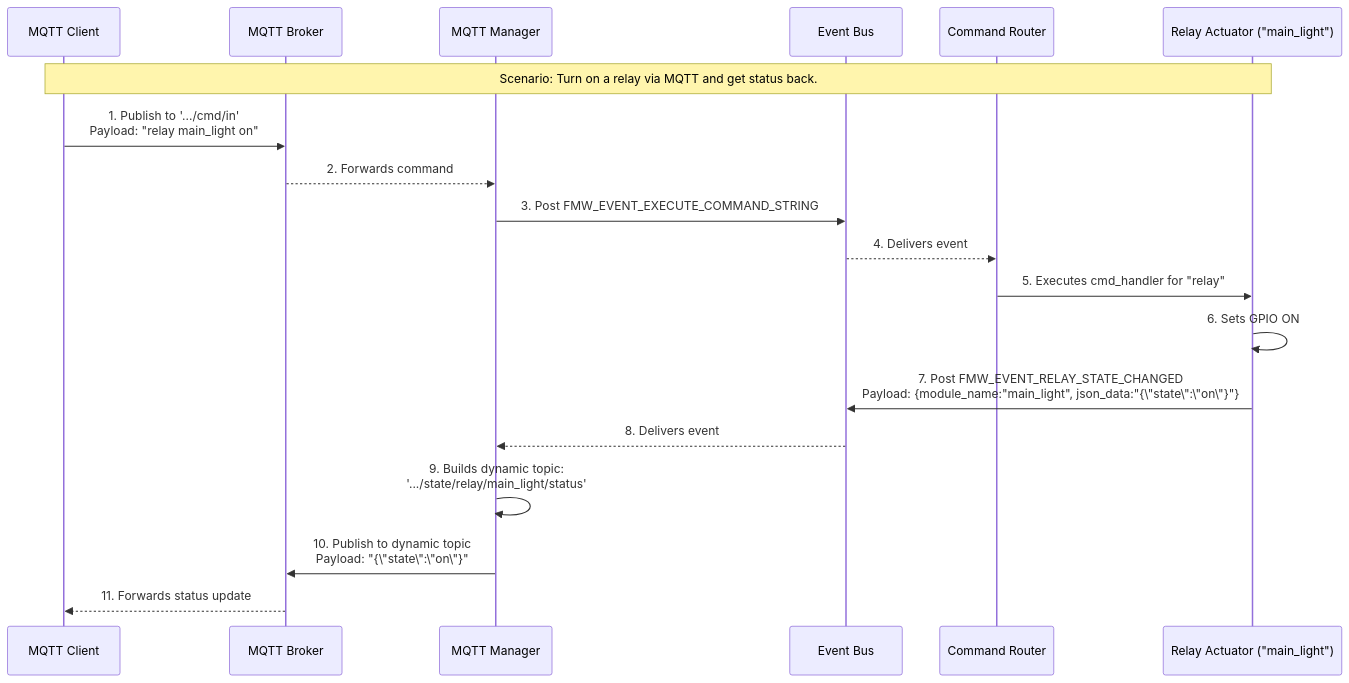
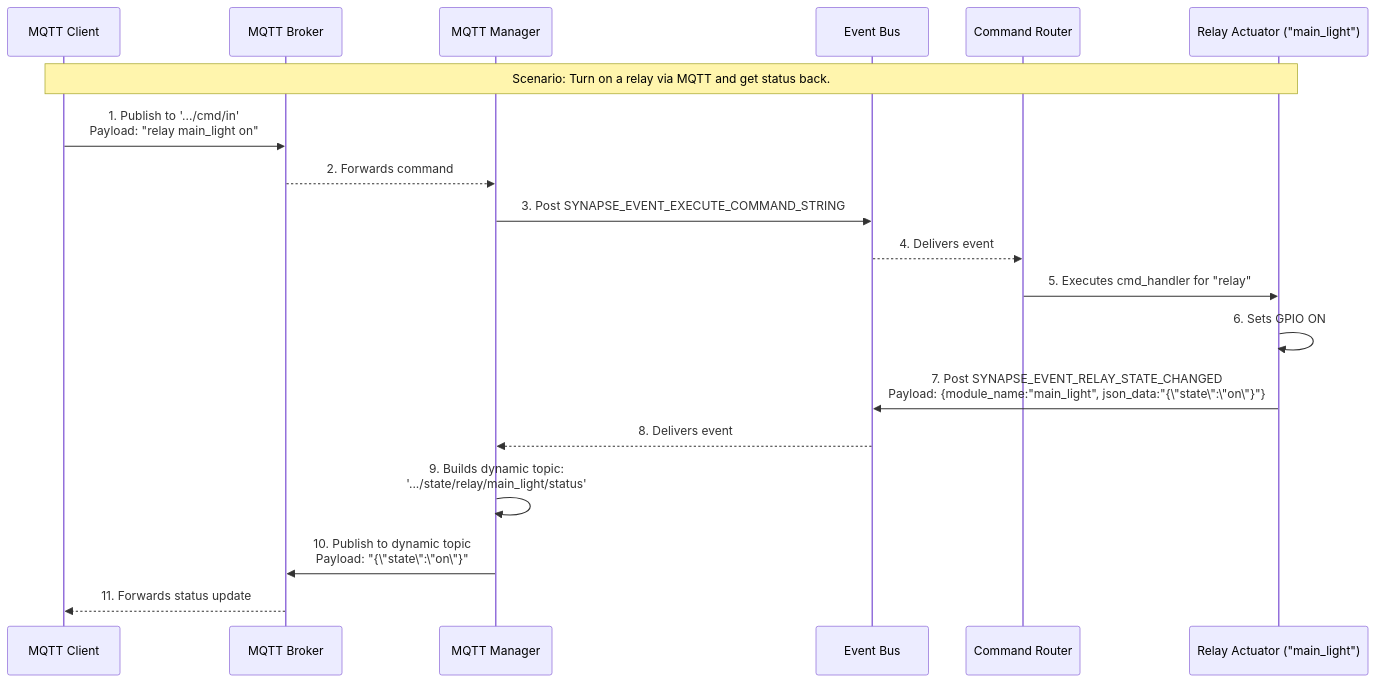
The diagram in docs/convention/communication_patterns.md (magradze/synapse), drawn with Mermaid before and after one commit. The commit also changed other lines of this file and 170 other files, not shown here.

````diff
--- a/docs/convention/communication_patterns.md
+++ b/docs/convention/communication_patterns.md
@@ -304,23 +304,23 @@
 ```mermaid
 sequenceDiagram
     participant User as MQTT Client
     participant Broker as MQTT Broker
     participant MqttManager as MQTT Manager
     participant EventBus as Event Bus
     participant CmdRouter as Command Router
     participant RelayMod as Relay Actuator ("main_light")
 
     Note over User, RelayMod: Scenario: Turn on a relay via MQTT and get status back.
 
     User->>Broker: 1. Publish to '.../cmd/in'<br>Payload: "relay main_light on"
     Broker-->>MqttManager: 2. Forwards command
-    MqttManager->>EventBus: 3. Post FMW_EVENT_EXECUTE_COMMAND_STRING
+    MqttManager->>EventBus: 3. Post SYNAPSE_EVENT_EXECUTE_COMMAND_STRING
     EventBus-->>CmdRouter: 4. Delivers event
     CmdRouter->>RelayMod: 5. Executes cmd_handler for "relay"
     RelayMod->>RelayMod: 6. Sets GPIO ON
-    RelayMod->>EventBus: 7. Post FMW_EVENT_RELAY_STATE_CHANGED<br>Payload: {module_name:"main_light", json_data:"{\"state\":\"on\"}"}
+    RelayMod->>EventBus: 7. Post SYNAPSE_EVENT_RELAY_STATE_CHANGED<br>Payload: {module_name:"main_light", json_data:"{\"state\":\"on\"}"}
     EventBus-->>MqttManager: 8. Delivers event
     MqttManager->>MqttManager: 9. Builds dynamic topic:<br>'.../state/relay/main_light/status'
     MqttManager->>Broker: 10. Publish to dynamic topic<br>Payload: "{\"state\":\"on\"}"
     Broker-->>User: 11. Forwards status update
 ```
````
